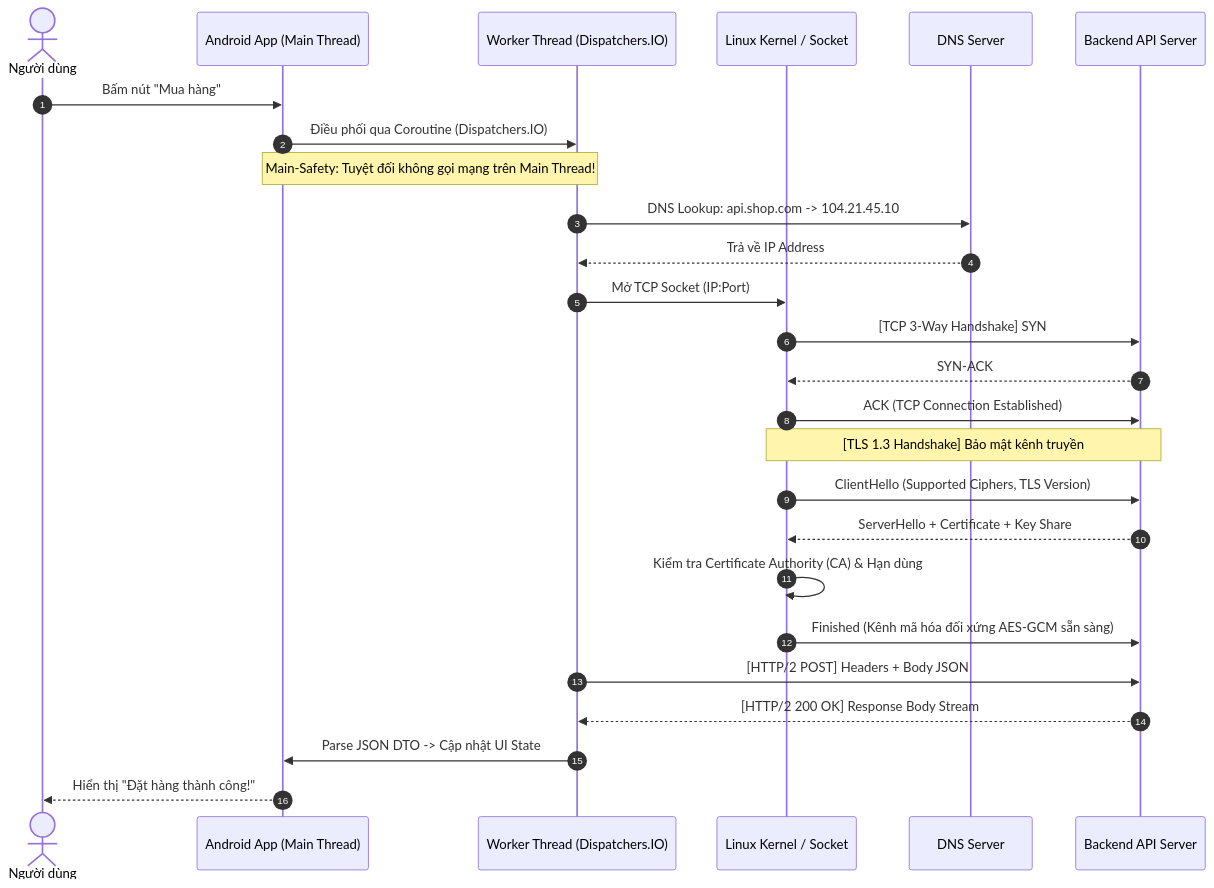
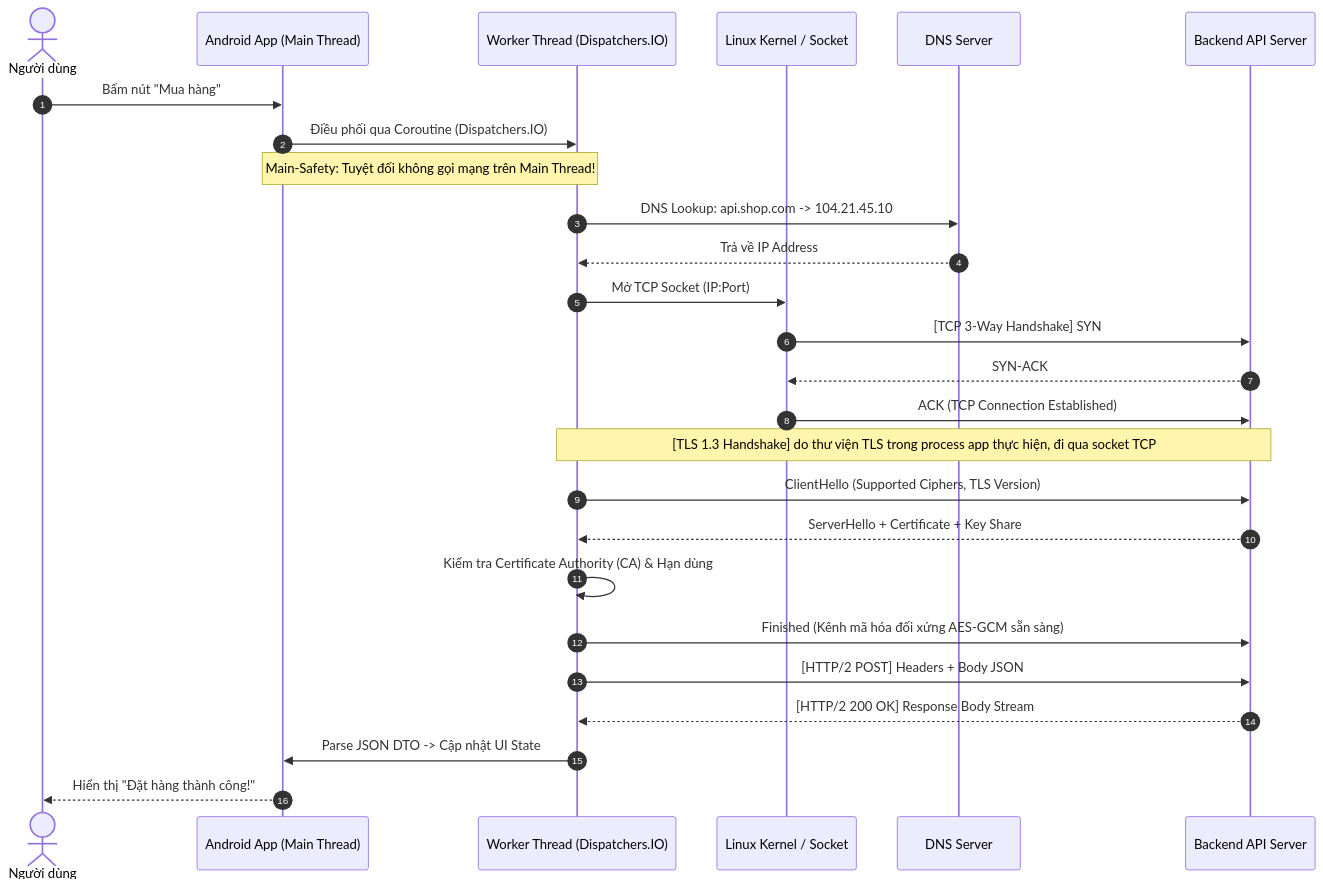
Before and after one commit to h1eu/knowledge: the first of 8 diagrams in knowledge/android/docs/session_05/networking.md, drawn with Mermaid. The commit also changed other lines of this file and 10 other files, not shown here.

````diff
--- a/knowledge/android/docs/session_05/networking.md
+++ b/knowledge/android/docs/session_05/networking.md
@@ -68,29 +90,29 @@
 ```mermaid
 sequenceDiagram
     autonumber
     actor User as Người dùng
     participant App as Android App (Main Thread)
     participant Worker as Worker Thread (Dispatchers.IO)
     participant OS as Linux Kernel / Socket
     participant DNS as DNS Server
     participant Server as Backend API Server
 
     User->>App: Bấm nút "Mua hàng"
     App->>Worker: Điều phối qua Coroutine (Dispatchers.IO)
     Note over App,Worker: Main-Safety: Tuyệt đối không gọi mạng trên Main Thread!
     Worker->>DNS: DNS Lookup: api.shop.com -> 104.21.45.10
     DNS-->>Worker: Trả về IP Address
     Worker->>OS: Mở TCP Socket (IP:Port)
     OS->>Server: [TCP 3-Way Handshake] SYN
     Server-->>OS: SYN-ACK
     OS->>Server: ACK (TCP Connection Established)
-    Note over OS,Server: [TLS 1.3 Handshake] Bảo mật kênh truyền
-    OS->>Server: ClientHello (Supported Ciphers, TLS Version)
-    Server-->>OS: ServerHello + Certificate + Key Share
-    OS->>OS: Kiểm tra Certificate Authority (CA) & Hạn dùng
-    OS->>Server: Finished (Kênh mã hóa đối xứng AES-GCM sẵn sàng)
+    Note over Worker,Server: [TLS 1.3 Handshake] do thư viện TLS trong process app thực hiện, đi qua socket TCP
+    Worker->>Server: ClientHello (Supported Ciphers, TLS Version)
+    Server-->>Worker: ServerHello + Certificate + Key Share
+    Worker->>Worker: Kiểm tra Certificate Authority (CA) & Hạn dùng
+    Worker->>Server: Finished (Kênh mã hóa đối xứng AES-GCM sẵn sàng)
     Worker->>Server: [HTTP/2 POST] Headers + Body JSON
     Server-->>Worker: [HTTP/2 200 OK] Response Body Stream
     Worker->>App: Parse JSON DTO -> Cập nhật UI State
     App-->>User: Hiển thị "Đặt hàng thành công!"
 ```
````
